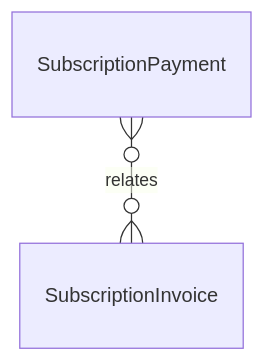
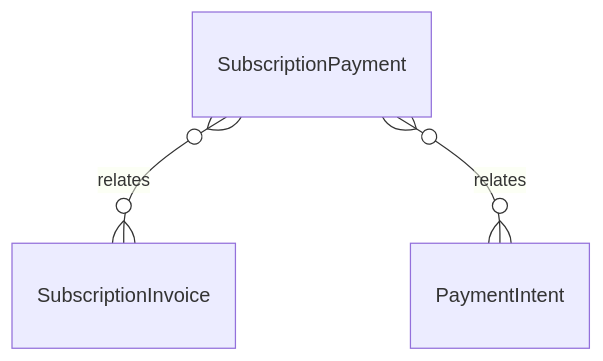
One commit to tejasnirala/rcln changed the diagram in .kb/Database/SubscriptionPayment.md. Above: the diagram before and after it, drawn with Mermaid. The commit also changed other lines of this file and 274 other files, not shown here.

````diff
--- a/.kb/Database/SubscriptionPayment.md
+++ b/.kb/Database/SubscriptionPayment.md
@@ -41,4 +49,5 @@
 ```mermaid
 erDiagram
     SubscriptionPayment }o--o{ SubscriptionInvoice : relates
+    SubscriptionPayment }o--o{ PaymentIntent : relates
 ```
````
